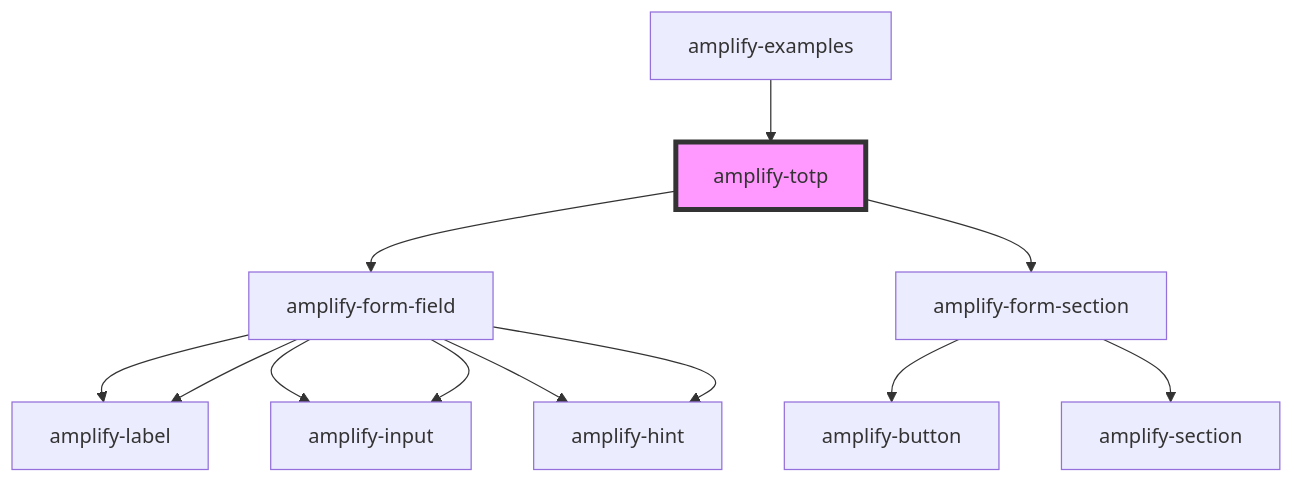
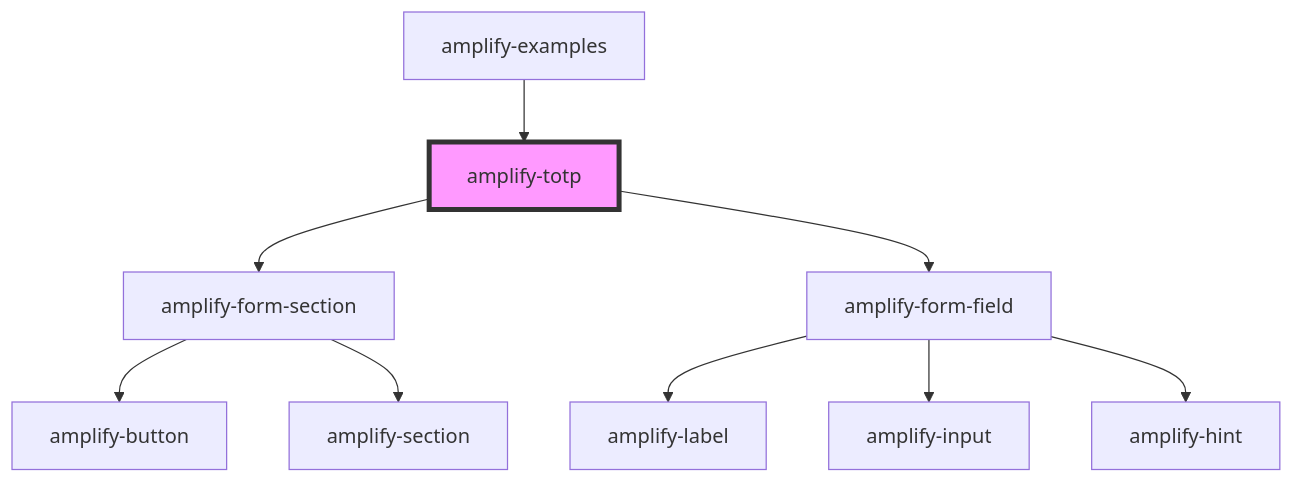
The diagram in packages/amplify-ui-components/src/components/amplify-totp/readme.md (aws-amplify/amplify-js), drawn with Mermaid before and after one commit. The commit also changed other lines of this file and 1 other file, not shown here.

````diff
--- a/packages/amplify-ui-components/src/components/amplify-totp/readme.md
+++ b/packages/amplify-ui-components/src/components/amplify-totp/readme.md
@@ -27,15 +27,12 @@
 ```mermaid
 graph TD;
+  amplify-totp --> amplify-form-section
   amplify-totp --> amplify-form-field
-  amplify-totp --> amplify-form-section
-  amplify-form-field --> amplify-label
-  amplify-form-field --> amplify-input
-  amplify-form-field --> amplify-hint
   amplify-form-section --> amplify-button
   amplify-form-section --> amplify-section
   amplify-form-field --> amplify-label
   amplify-form-field --> amplify-input
   amplify-form-field --> amplify-hint
   amplify-examples --> amplify-totp
   style amplify-totp fill:#f9f,stroke:#333,stroke-width:4px
 ```
````
